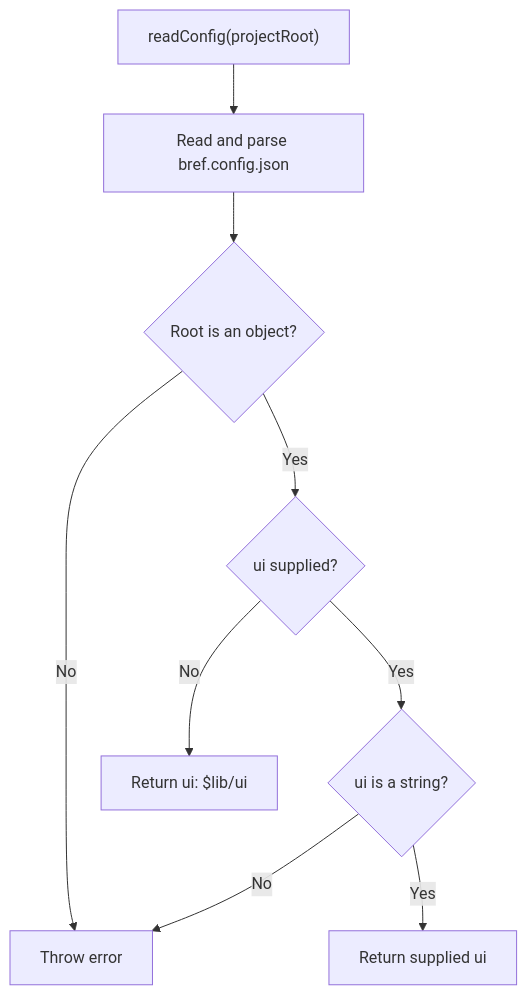
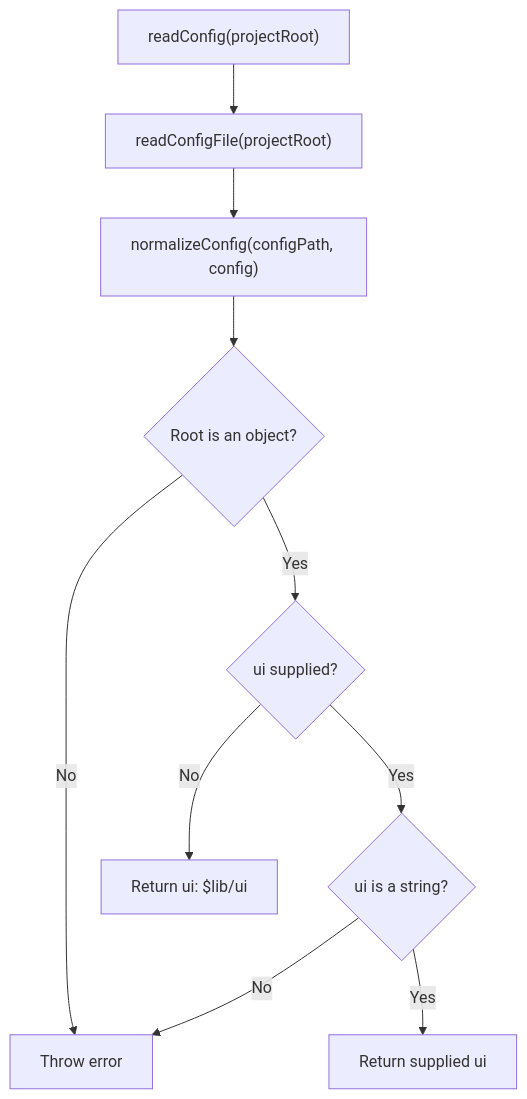
Before and after one commit to feuersteiner/bref-ui: the first of 2 diagrams in cli/config/README.md, drawn with Mermaid. The commit also changed other lines of this file and 5 other files, not shown here.

````diff
--- a/cli/config/README.md
+++ b/cli/config/README.md
@@ -10,11 +10,12 @@
 ```mermaid
 flowchart TD
-    read["readConfig(projectRoot)"] --> json["Read and parse bref.config.json"]
-    json --> object{"Root is an object?"}
+    read["readConfig(projectRoot)"] --> json["readConfigFile(projectRoot)"]
+    json --> normalize["normalizeConfig(configPath, config)"]
+    normalize --> object{"Root is an object?"}
     object -->|No| error["Throw error"]
     object -->|Yes| supplied{"ui supplied?"}
     supplied -->|No| default["Return ui: $lib/ui"]
     supplied -->|Yes| string{"ui is a string?"}
     string -->|No| error
     string -->|Yes| result["Return supplied ui"]
 ```
````
